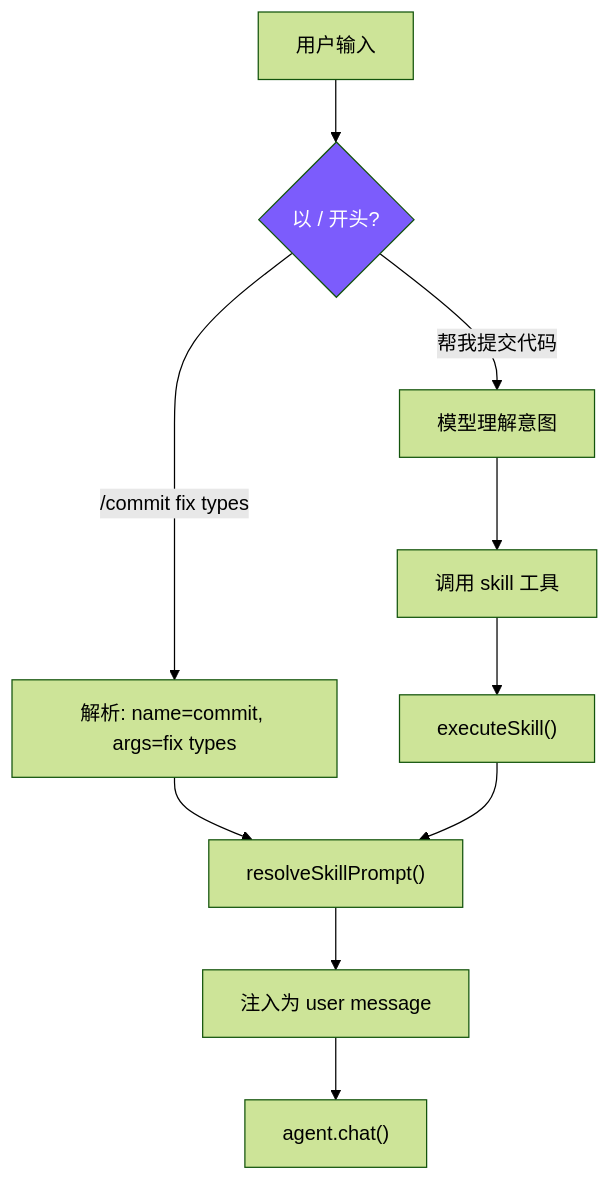
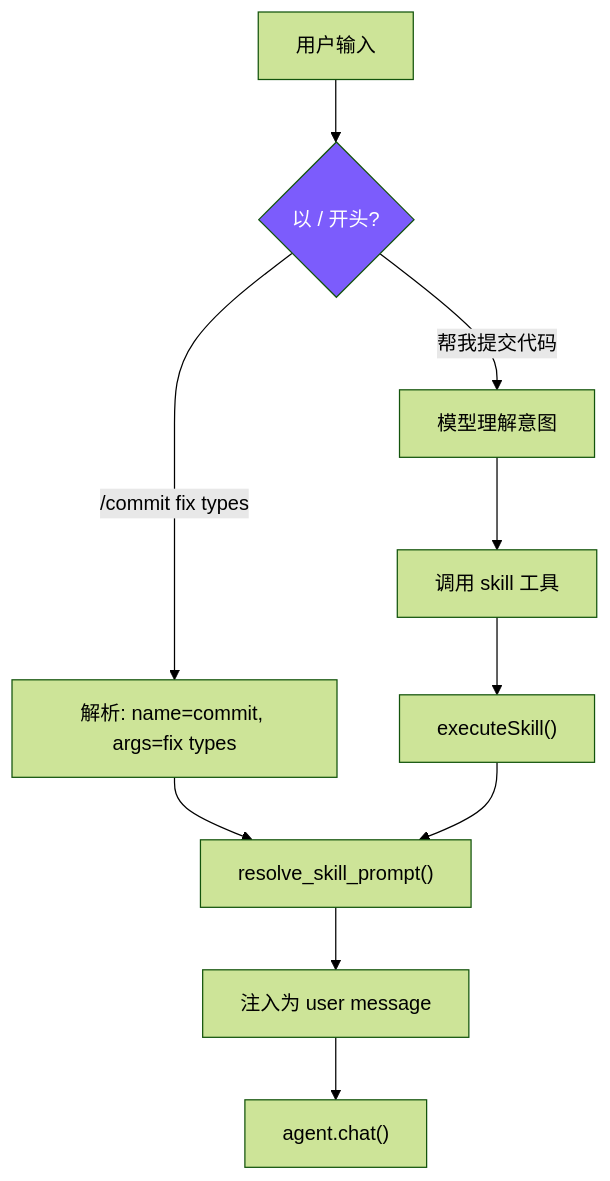
One commit to Kellin233/nano_code changed the third of 3 diagrams in docs/09-skills.md. Above: the diagram before and after it, drawn with Mermaid (forest theme). The commit also changed other lines of this file and 114 other files, not shown here.

````diff
--- a/docs/09-skills.md
+++ b/docs/09-skills.md
@@ -226,16 +265,16 @@
 ```mermaid
 flowchart TD
     User["用户输入"] --> Check{以 / 开头?}
     Check -->|"/commit fix types"| Parse["解析: name=commit, args=fix types"]
     Check -->|"帮我提交代码"| Model["模型理解意图"]
 
-    Parse --> Resolve["resolveSkillPrompt()"]
+    Parse --> Resolve["resolve_skill_prompt()"]
     Model --> SkillTool["调用 skill 工具"]
     SkillTool --> Execute["executeSkill()"]
     Execute --> Resolve
 
     Resolve --> Inject["注入为 user message"]
     Inject --> Chat["agent.chat()"]
 
     style Check fill:#7c5cfc,color:#fff
 ```
````
